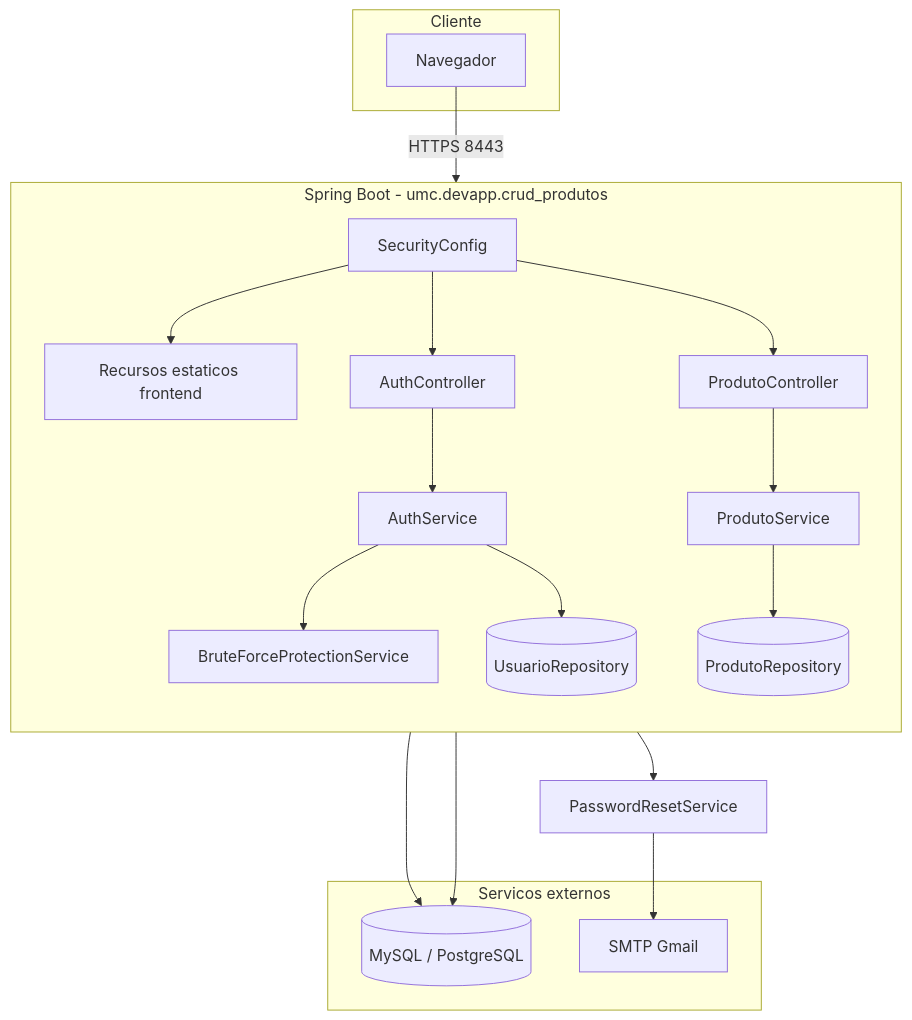
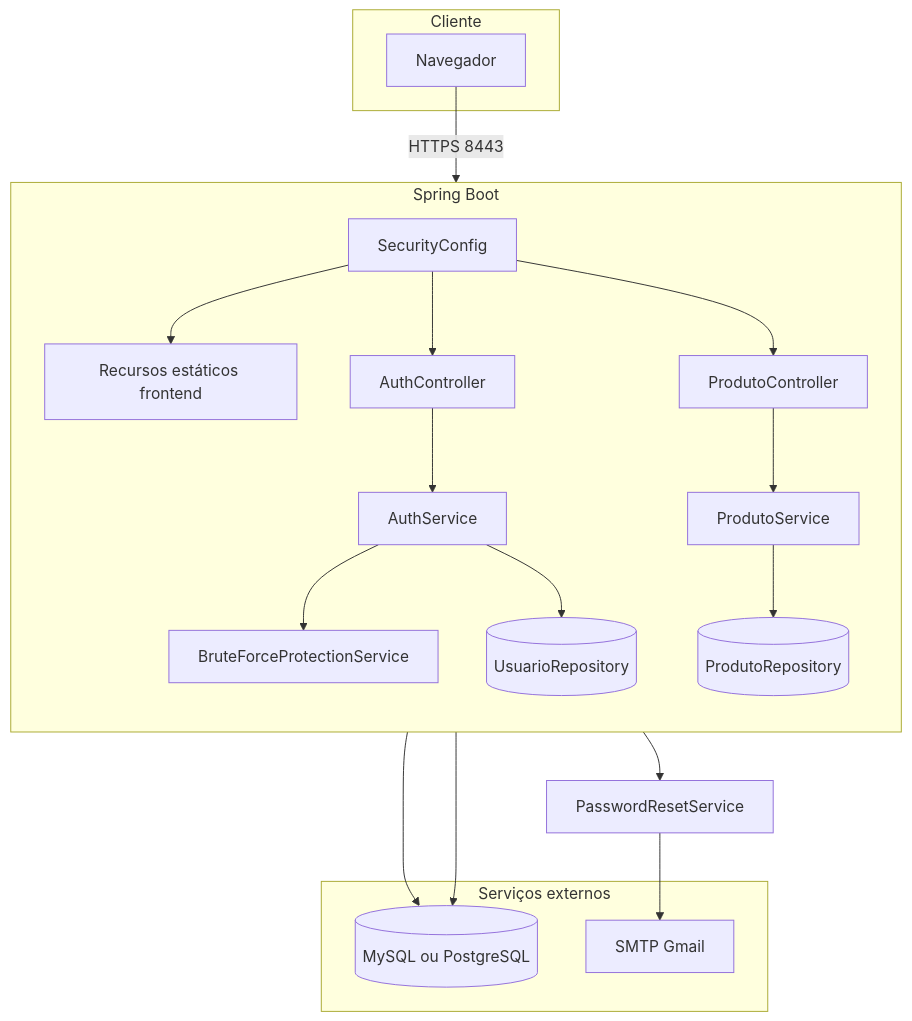
Before and after one commit to VictorHCSampaio/crud-springboot: the first of 2 diagrams in docs/security-controls.md, drawn with Mermaid. The commit also changed other lines of this file and 6 other files, not shown here.

````diff
--- a/docs/security-controls.md
+++ b/docs/security-controls.md
@@ -7,38 +7,38 @@
 ```mermaid
 flowchart TB
     subgraph cliente [Cliente]
         Browser[Navegador]
     end
 
-    subgraph app [Spring Boot - umc.devapp.crud_produtos]
+    subgraph app ["Spring Boot"]
         direction TB
-        Static[Recursos estaticos frontend]
+        Static["Recursos estáticos frontend"]
         AC[AuthController]
         PC[ProdutoController]
         SC[SecurityConfig]
         AS[AuthService]
         PS[ProdutoService]
         BF[BruteForceProtectionService]
         UR[(UsuarioRepository)]
         PR[(ProdutoRepository)]
     end
 
-    subgraph externos [Servicos externos]
-        DB[(MySQL / PostgreSQL)]
+    subgraph externos ["Serviços externos"]
+        DB[("MySQL ou PostgreSQL")]
         Mail[SMTP Gmail]
     end
 
-    Browser -->|HTTPS 8443| SC
+    Browser -->|"HTTPS 8443"| SC
     SC --> AC
     SC --> PC
     SC --> Static
     AC --> AS
     AC --> PasswordResetService
     PC --> PS
     AS --> BF
     AS --> UR
     PS --> PR
     UR --> DB
     PR --> DB
     PasswordResetService --> Mail
 ```
````
